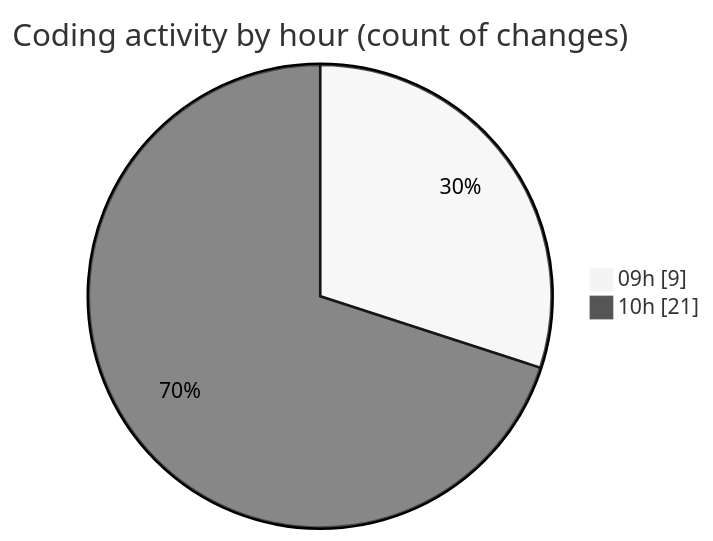
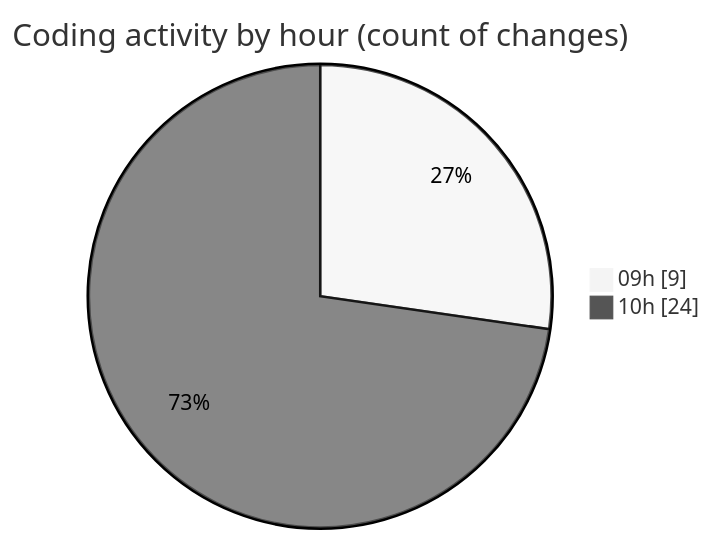
Before and after one commit to robertbonfada/code-tracking: the second of 2 diagrams in 2025-03-04/termonied_testador/README.md, drawn with Mermaid (neutral theme). The commit also changed other lines of this file and 1 other file, not shown here.

````diff
--- a/2025-03-04/termonied_testador/README.md
+++ b/2025-03-04/termonied_testador/README.md
@@ -32,6 +32,6 @@
 ```mermaid
 pie showData
 title Coding activity by hour (count of changes)
 "09h" : 9
-"10h" : 21
+"10h" : 24
 ```
````
